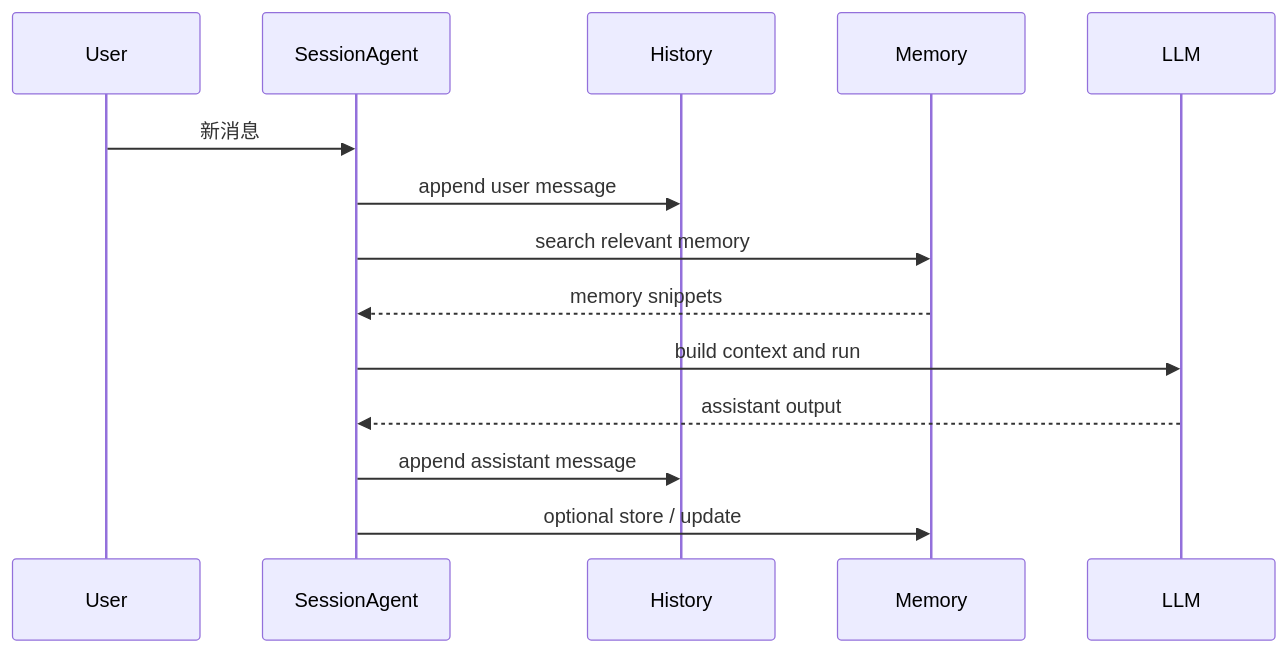
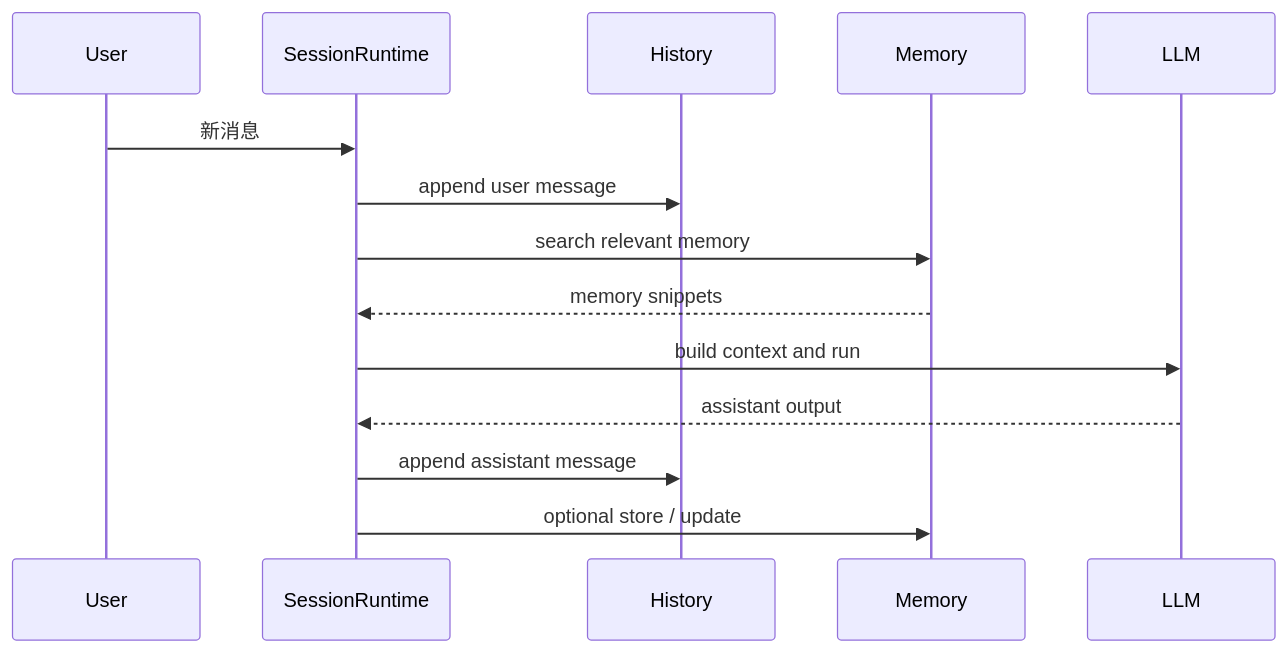
Before and after one commit to wangenius/downcity: the second of 4 diagrams in docs/memory/02-architecture.mdx, drawn with Mermaid. The commit also changed other lines of this file and 410 other files, not shown here.

````diff
--- a/docs/memory/02-architecture.mdx
+++ b/docs/memory/02-architecture.mdx
@@ -75,17 +75,17 @@
 ```mermaid
 sequenceDiagram
   participant User
-  participant SessionAgent
+  participant SessionRuntime
   participant History
   participant Memory
   participant LLM
 
-  User->>SessionAgent: 新消息
-  SessionAgent->>History: append user message
-  SessionAgent->>Memory: search relevant memory
-  Memory-->>SessionAgent: memory snippets
-  SessionAgent->>LLM: build context and run
-  LLM-->>SessionAgent: assistant output
-  SessionAgent->>History: append assistant message
-  SessionAgent->>Memory: optional store / update
+  User->>SessionRuntime: 新消息
+  SessionRuntime->>History: append user message
+  SessionRuntime->>Memory: search relevant memory
+  Memory-->>SessionRuntime: memory snippets
+  SessionRuntime->>LLM: build context and run
+  LLM-->>SessionRuntime: assistant output
+  SessionRuntime->>History: append assistant message
+  SessionRuntime->>Memory: optional store / update
 ```
````
